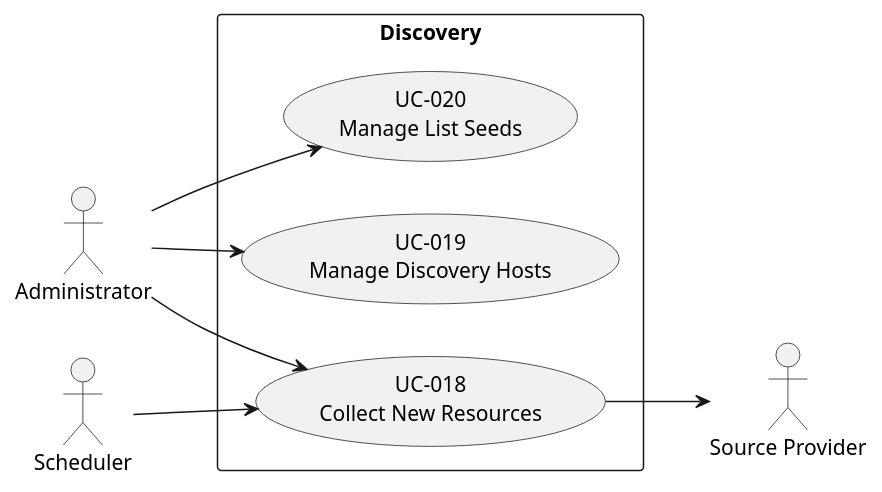
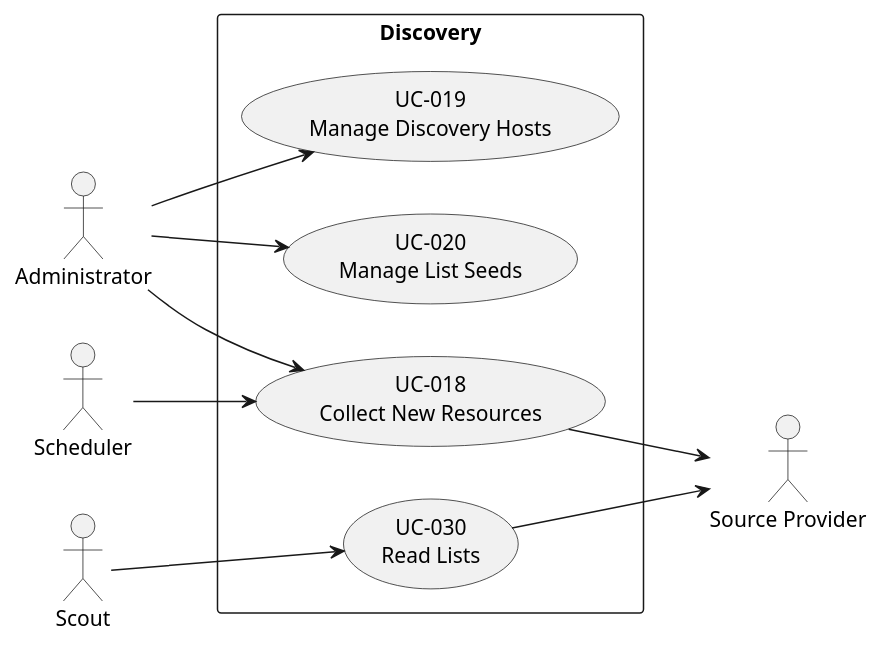
The diagram in docs/use_cases/discovery/use_cases.puml (silvioincalza/helper2.ai), drawn with PlantUML before and after one commit. The commit also changed 59 other files, not shown here.

First line of the commit message:
feat(scout): reading lists is its own use case and a directory list is never a resource

```diff
--- a/docs/use_cases/discovery/use_cases.puml
+++ b/docs/use_cases/discovery/use_cases.puml
@@ -1,20 +1,24 @@
 @startuml Discovery
 left to right direction
 
 actor "Administrator" as admin
 actor "Scheduler" as scheduler
 actor "Source Provider" as source_provider
+actor "Scout" as scout
 
 rectangle "Discovery" {
     usecase "UC-018\nCollect New Resources" as UC018
     usecase "UC-019\nManage Discovery Hosts" as UC019
     usecase "UC-020\nManage List Seeds" as UC020
+    usecase "UC-030\nRead Lists" as UC030
 }
 
 scheduler --> UC018
 admin --> UC018
 admin --> UC019
 admin --> UC020
+scout --> UC030
 UC018 --> source_provider
+UC030 --> source_provider
 
 @enduml
```
